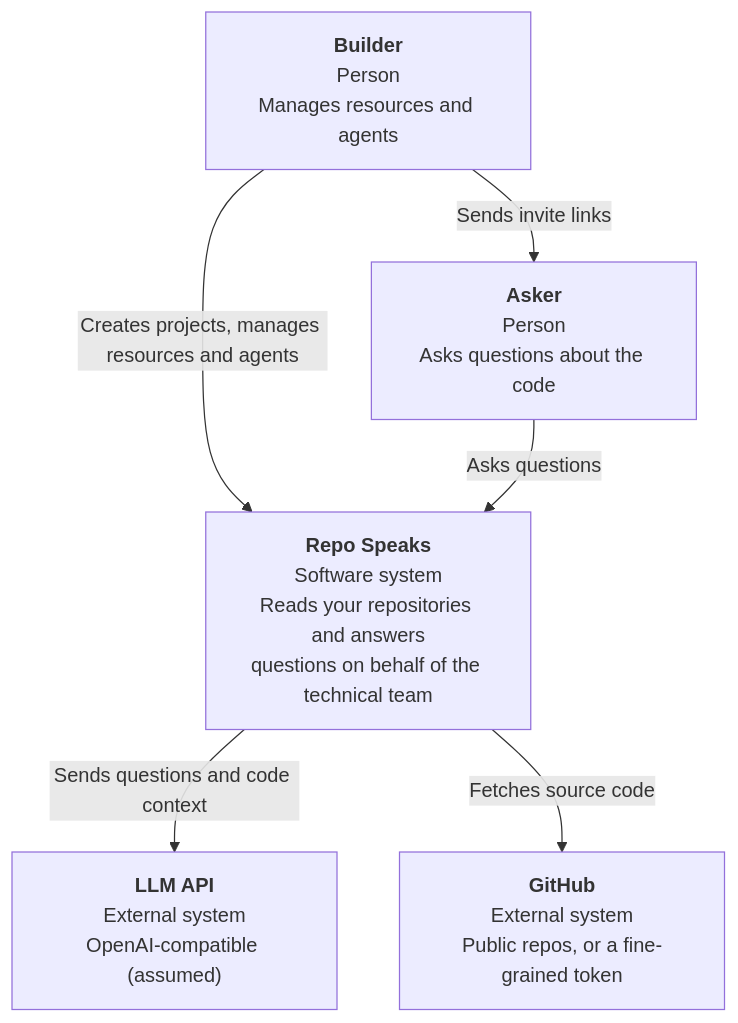
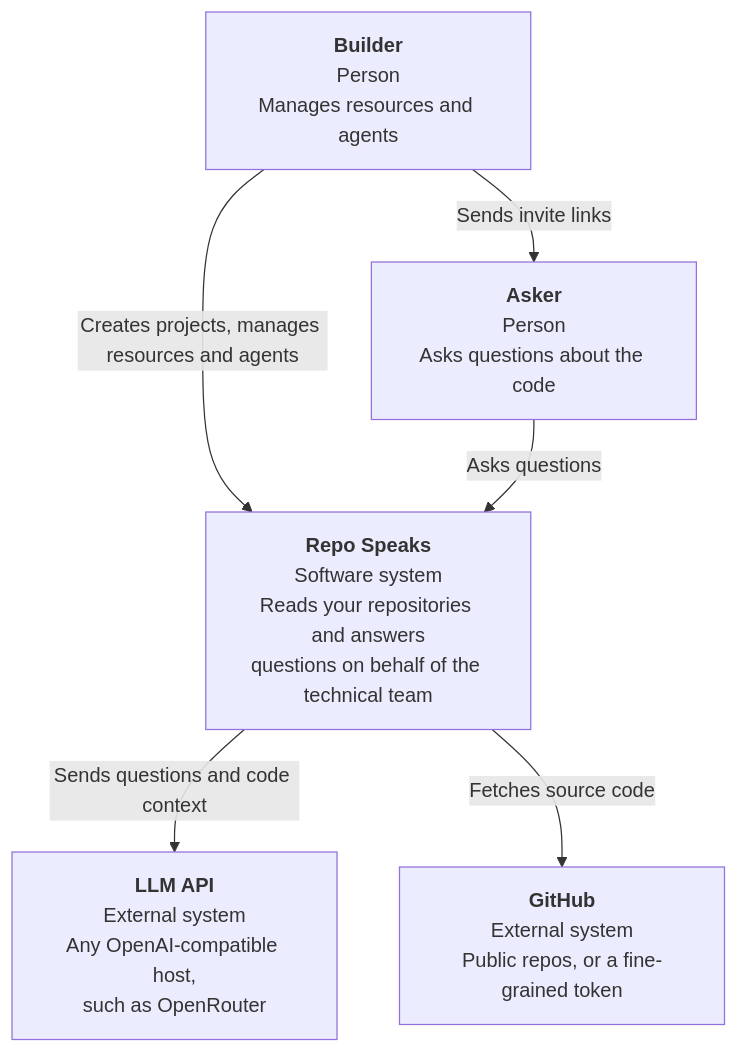
Before and after one commit to urtuba/repo-speaks: the first of 7 diagrams in ARCHITECTURE.md, drawn with Mermaid. The commit also changed other lines of this file and 2 other files, not shown here.

First line of the commit message:
docs: describe LLM models, the private address setting and the client

````diff
--- a/ARCHITECTURE.md
+++ b/ARCHITECTURE.md
@@ -19,14 +19,14 @@
 ```mermaid
 flowchart TB
     builder["<b>Builder</b><br/>Person<br/>Manages resources and agents"]
     asker["<b>Asker</b><br/>Person<br/>Asks questions about the code"]
     rs["<b>Repo Speaks</b><br/>Software system<br/>Reads your repositories and answers<br/>questions on behalf of the technical team"]
-    llm["<b>LLM API</b><br/>External system<br/>OpenAI-compatible (assumed)"]
+    llm["<b>LLM API</b><br/>External system<br/>Any OpenAI-compatible host,<br/>such as OpenRouter"]
     gh["<b>GitHub</b><br/>External system<br/>Public repos, or a fine-grained token"]
 
     builder -- "Sends invite links" --> asker
     builder -- "Creates projects, manages resources and agents" --> rs
     asker -- "Asks questions" --> rs
     rs -- "Sends questions and code context" --> llm
     rs -- "Fetches source code" --> gh
 ```
````
